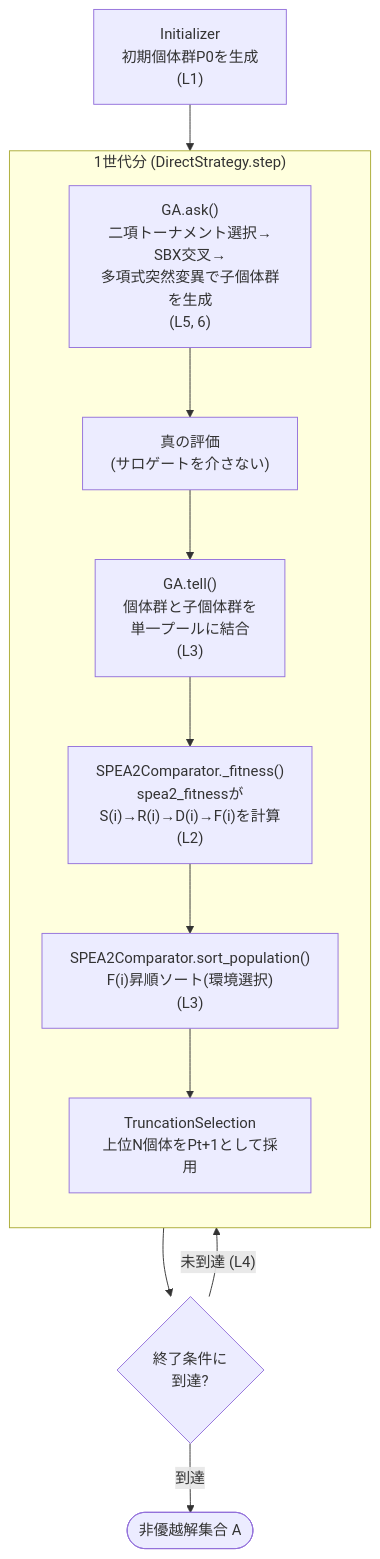
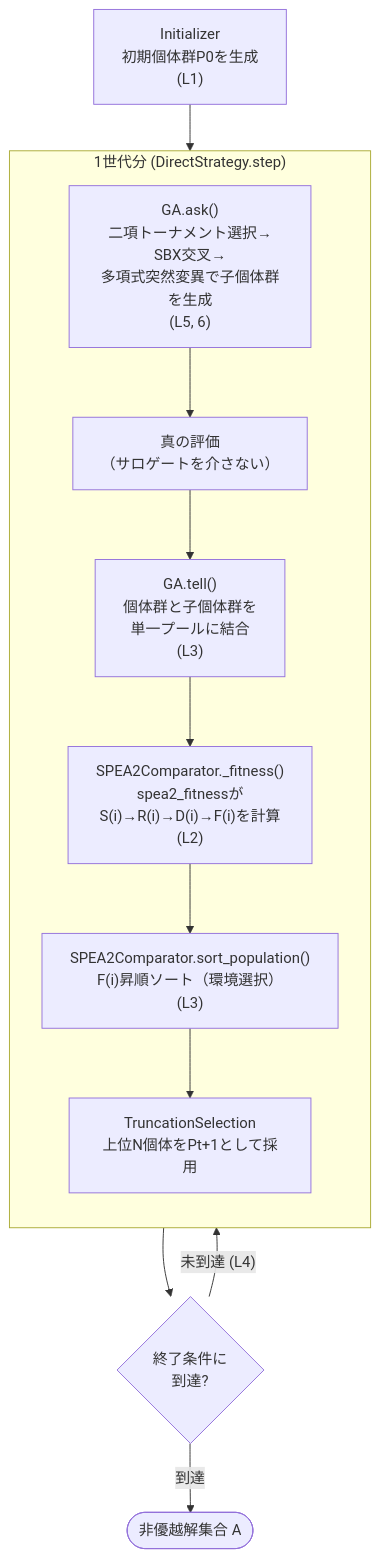
The diagram in docs/algorithms/spea2.md (shlka/saealib), drawn with Mermaid before and after one commit. The commit also changed other lines of this file and 40 other files, not shown here.

````diff
--- a/docs/algorithms/spea2.md
+++ b/docs/algorithms/spea2.md
@@ -87,15 +87,15 @@
 ```{mermaid}
 flowchart TD
     INIT["Initializer<br/>初期個体群P0を生成<br/>(L1)"] --> GEN
     subgraph GEN["1世代分 (DirectStrategy.step)"]
         direction TB
-        ASK["GA.ask()<br/>二項トーナメント選択→<br/>SBX交叉→<br/>多項式突然変異で子個体群を生成<br/>(L5, 6)"] --> EVAL["真の評価<br/>(サロゲートを介さない)"]
+        ASK["GA.ask()<br/>二項トーナメント選択→<br/>SBX交叉→<br/>多項式突然変異で子個体群を生成<br/>(L5, 6)"] --> EVAL["真の評価<br/>（サロゲートを介さない）"]
         EVAL --> COMB["GA.tell()<br/>個体群と子個体群を<br/>単一プールに結合<br/>(L3)"]
         COMB --> FIT["SPEA2Comparator._fitness()<br/>spea2_fitnessが<br/>S(i)→R(i)→D(i)→F(i)を計算<br/>(L2)"]
-        FIT --> SORT["SPEA2Comparator.sort_population()<br/>F(i)昇順ソート(環境選択)<br/>(L3)"]
+        FIT --> SORT["SPEA2Comparator.sort_population()<br/>F(i)昇順ソート（環境選択）<br/>(L3)"]
         SORT --> TRUNC["TruncationSelection<br/>上位N個体をPt+1として採用"]
     end
     GEN --> TERM{"終了条件に<br/>到達?"}
     TERM -- "未到達 (L4)" --> GEN
     TERM -- "到達" --> RESULT(["非優越解集合 A"])
 ```
````
